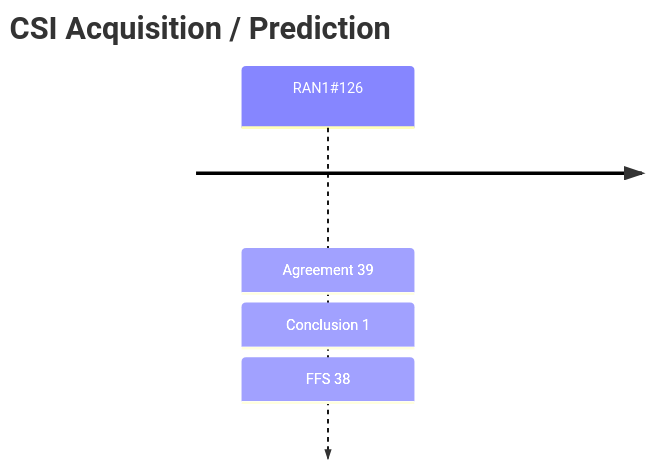
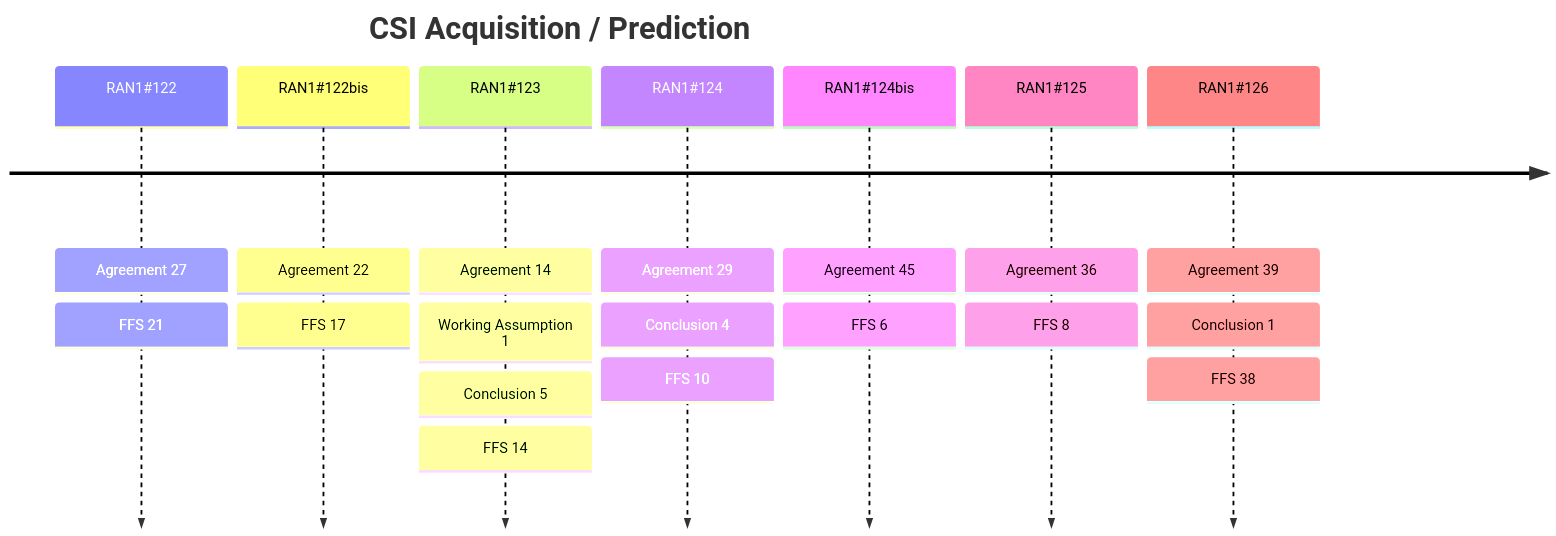
Before and after one commit to jgunmoon/JG_Test_Project: the diagram in reports/by_item/csi_prediction.md, drawn with Mermaid. The commit also changed other lines of this file and 21 other files, not shown here.

````diff
--- a/reports/by_item/csi_prediction.md
+++ b/reports/by_item/csi_prediction.md
@@ -7,5 +7,11 @@
 ```mermaid
 timeline
     title CSI Acquisition / Prediction
+    RAN1#35;122 : Agreement 27 : FFS 21
+    RAN1#35;122bis : Agreement 22 : FFS 17
+    RAN1#35;123 : Agreement 14 : Working Assumption 1 : Conclusion 5 : FFS 14
+    RAN1#35;124 : Agreement 29 : Conclusion 4 : FFS 10
+    RAN1#35;124bis : Agreement 45 : FFS 6
+    RAN1#35;125 : Agreement 36 : FFS 8
     RAN1#35;126 : Agreement 39 : Conclusion 1 : FFS 38
 ```
````
